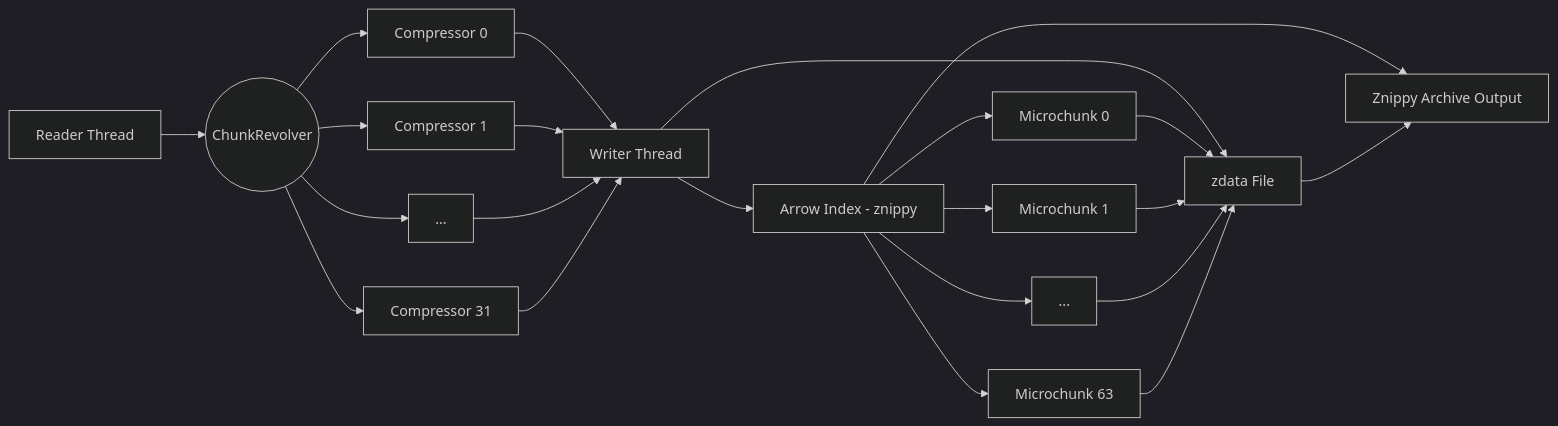
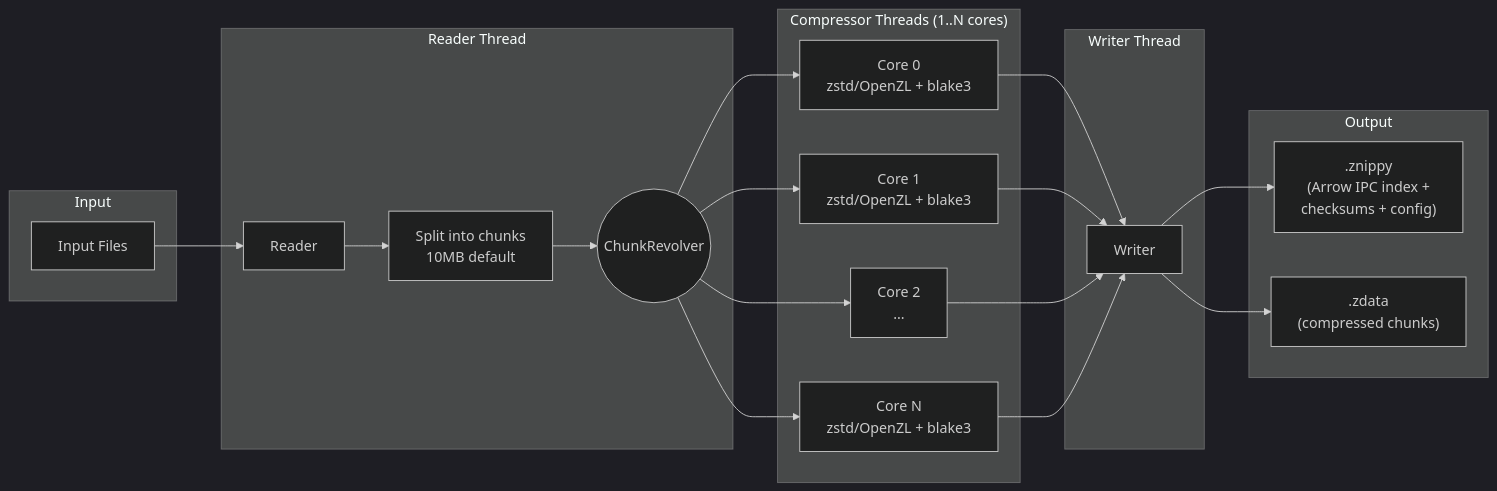
Before and after one commit to Ignalina/znippy: the first of 2 diagrams in README.md, drawn with Mermaid (dark theme). The commit also changed other lines of this file and 1 other file, not shown here.

First line of the commit message:
New README.md with architecture diagrams + comprehensive design.md

````diff
--- a/README.md
+++ b/README.md
@@ -24,36 +20,32 @@
 ```mermaid
 flowchart LR
-    %% Reader + ChunkRevolver
-    Reader[Reader Thread] --> Revolver((ChunkRevolver))
+    subgraph Input
+        Files[Input Files]
+    end
 
-    %% Fan-out
-    Revolver --> C0[Compressor 0]
-    Revolver --> C1[Compressor 1]
-    Revolver --> C2[...]
-    Revolver --> C31[Compressor 31]
+    subgraph "Reader Thread"
+        Reader[Reader] --> Split[Split into chunks<br/>10MB default]
+        Split --> Revolver((ChunkRevolver))
+    end
 
-    %% Fan-in
-    C0 --> Writer[Writer Thread]
-    C1 --> Writer
-    C2 --> Writer
-    C31 --> Writer
+    subgraph "Compressor Threads (1..N cores)"
+        Revolver --> C0[Core 0<br/>zstd/OpenZL + blake3]
+        Revolver --> C1[Core 1<br/>zstd/OpenZL + blake3]
+        Revolver --> C2[Core 2<br/>...]
+        Revolver --> CN[Core N<br/>zstd/OpenZL + blake3]
+    end
 
-    %% Output and Index
-    Writer --> Index[Arrow Index - znippy]
-    Writer --> Zdata[zdata File]
+    subgraph "Writer Thread"
+        C0 --> Writer[Writer]
+        C1 --> Writer
+        C2 --> Writer
+        CN --> Writer
+    end
 
-    %% Microchunk entries in index
-    Index --> M0[Microchunk 0]
-    Index --> M1[Microchunk 1]
-    Index --> M2[...]
-    Index --> M63[Microchunk 63]
+    subgraph Output
+        Writer --> Archive[".znippy<br/>(Arrow IPC index +<br/>checksums + config)"]
+        Writer --> Zdata[".zdata<br/>(compressed chunks)"]
+    end
 
-    M0 --> Zdata
-    M1 --> Zdata
-    M2 --> Zdata
-    M63 --> Zdata
-
-    %% Final archive
-    Index --> Final[Znippy Archive Output]
-    Zdata --> Final
-```  
+    Files --> Reader
+```
````
